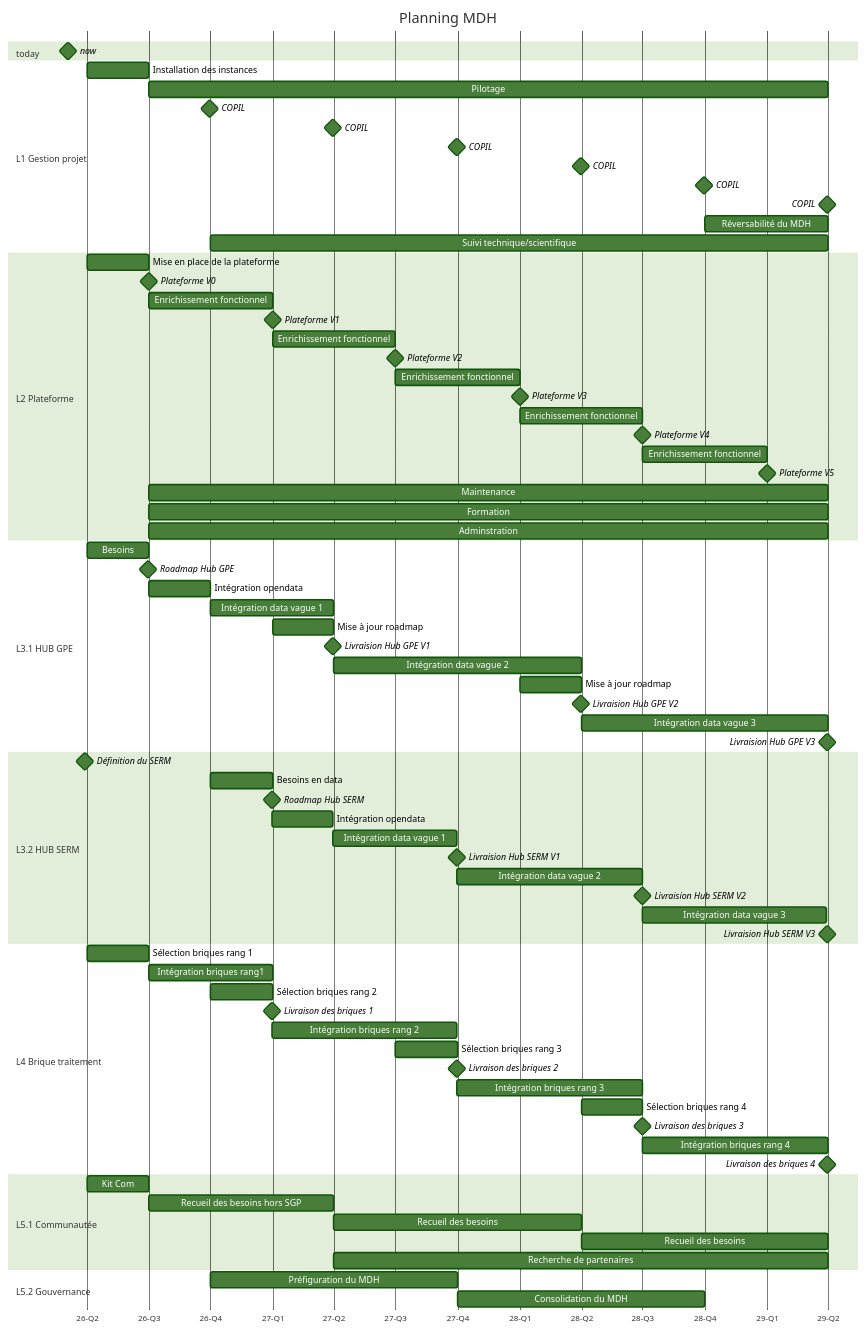
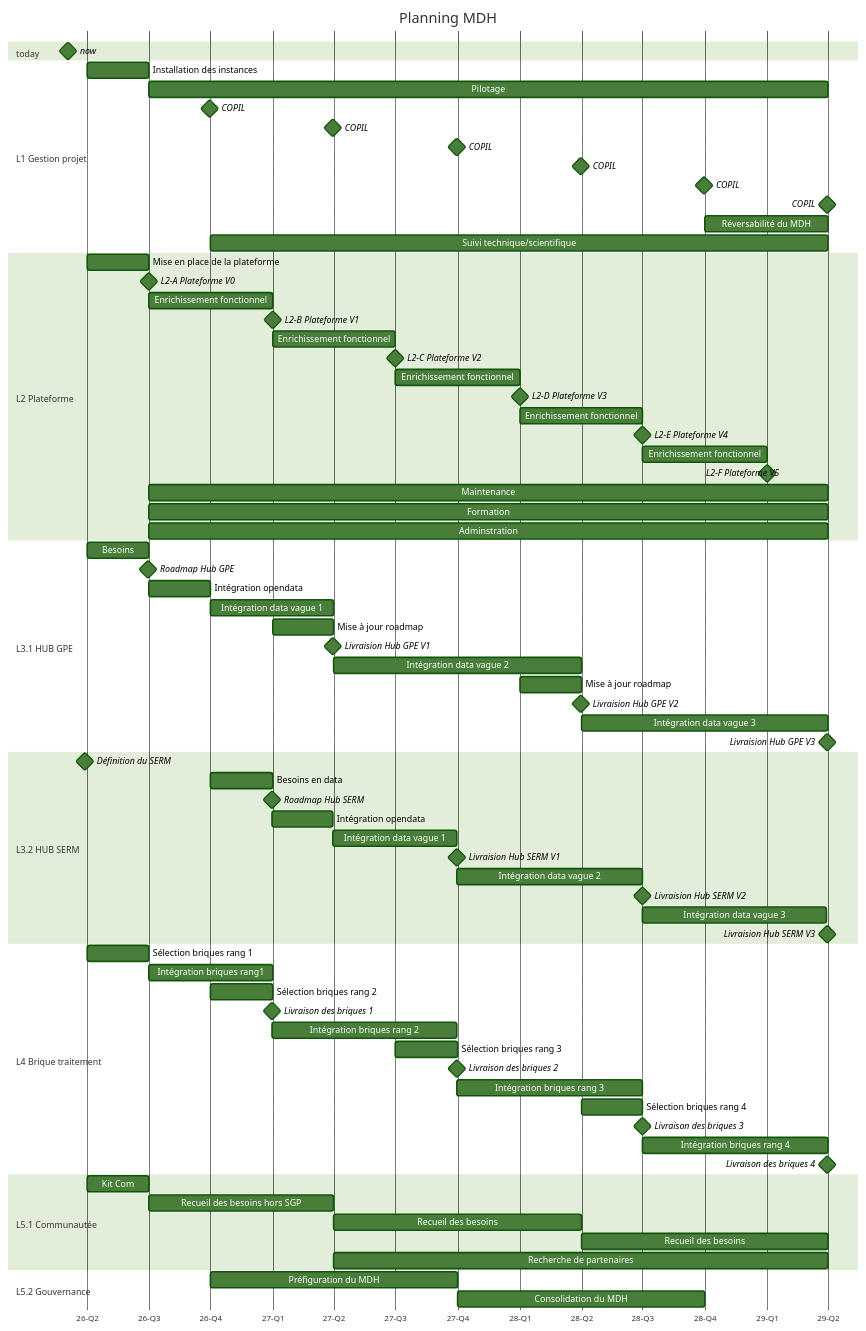
One commit to cdamas-cerema/test changed the diagram in README.md. Above: the diagram before and after it, drawn with Mermaid (forest theme).

Commit message:
Rename platform milestones to include 'L2-' prefix

```diff
--- a/README.md
+++ b/README.md
@@ -24,17 +24,17 @@
 
     section L2 Plateforme
         Mise en place de la plateforme       :2026-04-01, 3M
-        Plateforme V0                        :milestone, 2026-07-01, 1m
+        L2-A Plateforme V0                   :milestone, 2026-07-01, 1m
         Enrichissement fonctionnel           :6M
-        Plateforme V1                        :milestone, 2027-01-01, 1m
+        L2-B Plateforme V1                   :milestone, 2027-01-01, 1m
         Enrichissement fonctionnel           :6M
-        Plateforme V2                        :milestone, 2027-07-01, 1m
+        L2-C Plateforme V2                   :milestone, 2027-07-01, 1m
         Enrichissement fonctionnel           :6M
-        Plateforme V3                        :milestone, 2028-01-01, 1m
+        L2-D Plateforme V3                    :milestone, 2028-01-01, 1m
         Enrichissement fonctionnel           :6M
-        Plateforme V4                        :milestone, 2028-07-01, 1m
+        L2-E Plateforme V4                   :milestone, 2028-07-01, 1m
         Enrichissement fonctionnel           :6M
-        Plateforme V5                        :milestone, 2029-01-01, 1m
+        L2-F Plateforme V5                   :milestone, 2029-01-01, 1m
         Maintenance                          :2026-07-01, 33M
         Formation                            :2026-07-01, 33M
         Adminstration                        :2026-07-01, 33M
```
